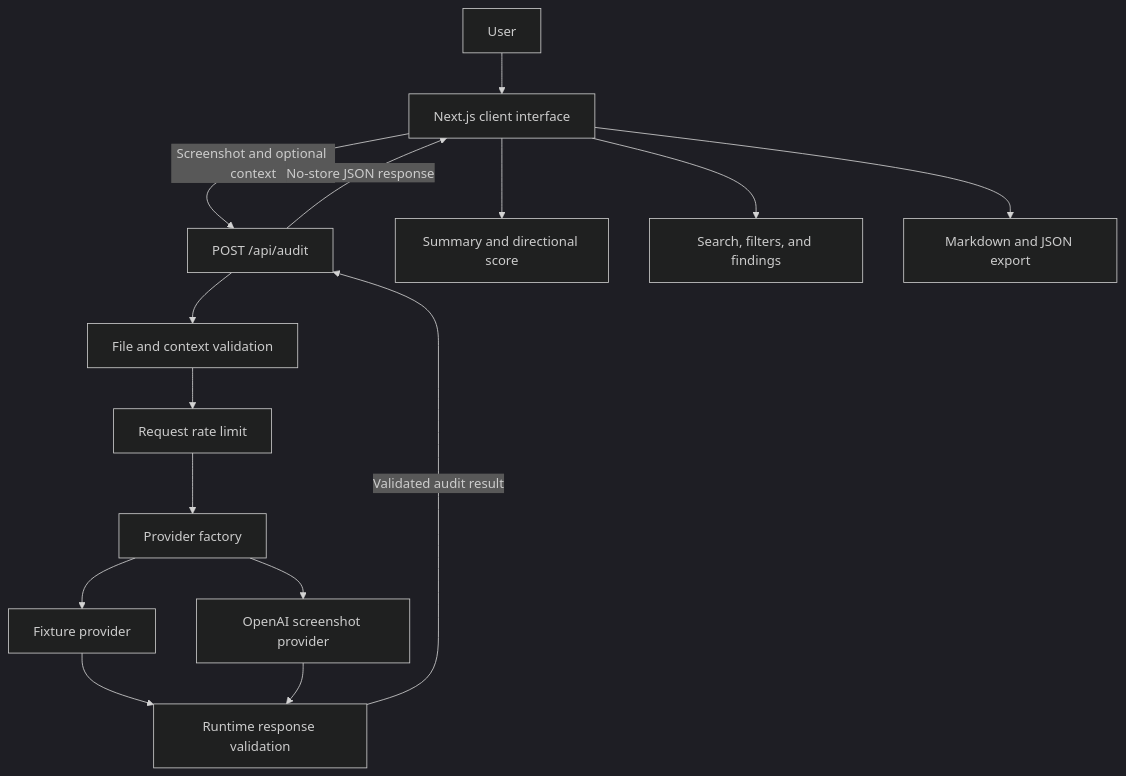
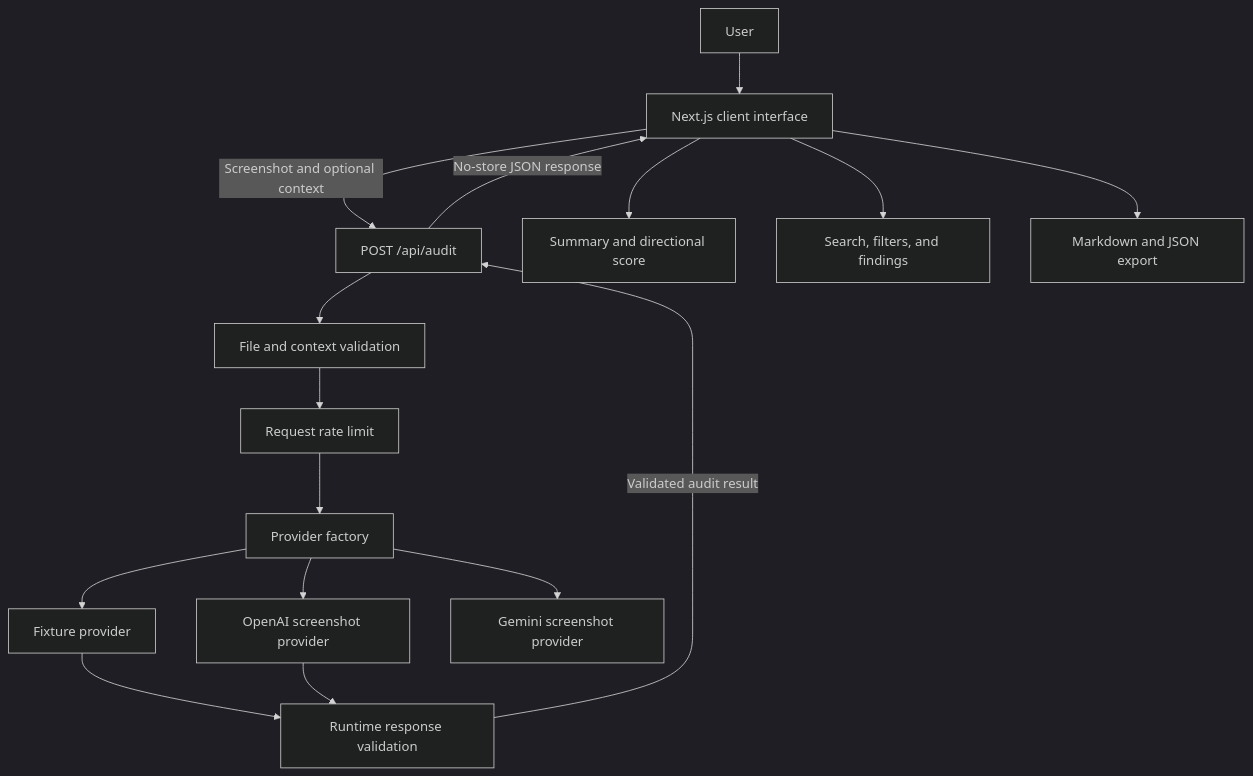
One commit to aftabkhan/ai-ux-audit-lite changed the diagram in docs/ARCHITECTURE-DIAGRAM.md. Above: the diagram before and after it, drawn with Mermaid (dark theme). The commit also changed 5 other files, not shown here.

First line of the commit message:
Add Gemini-powered screenshot audits (#11)

````diff
--- a/docs/ARCHITECTURE-DIAGRAM.md
+++ b/docs/ARCHITECTURE-DIAGRAM.md
@@ -3,22 +3,23 @@
 ```mermaid
 flowchart TD
     U[User] --> UI[Next.js client interface]
     UI -->|Screenshot and optional context| API[POST /api/audit]
 
     API --> FV[File and context validation]
     FV --> RL[Request rate limit]
     RL --> PF[Provider factory]
 
     PF --> FP[Fixture provider]
     PF --> OP[OpenAI screenshot provider]
+    PF --> GP[Gemini screenshot provider]
 
     FP --> SV[Runtime response validation]
     OP --> SV
 
     SV -->|Validated audit result| API
     API -->|No-store JSON response| UI
 
     UI --> SR[Summary and directional score]
     UI --> FL[Search, filters, and findings]
     UI --> EX[Markdown and JSON export]
 ```
````
